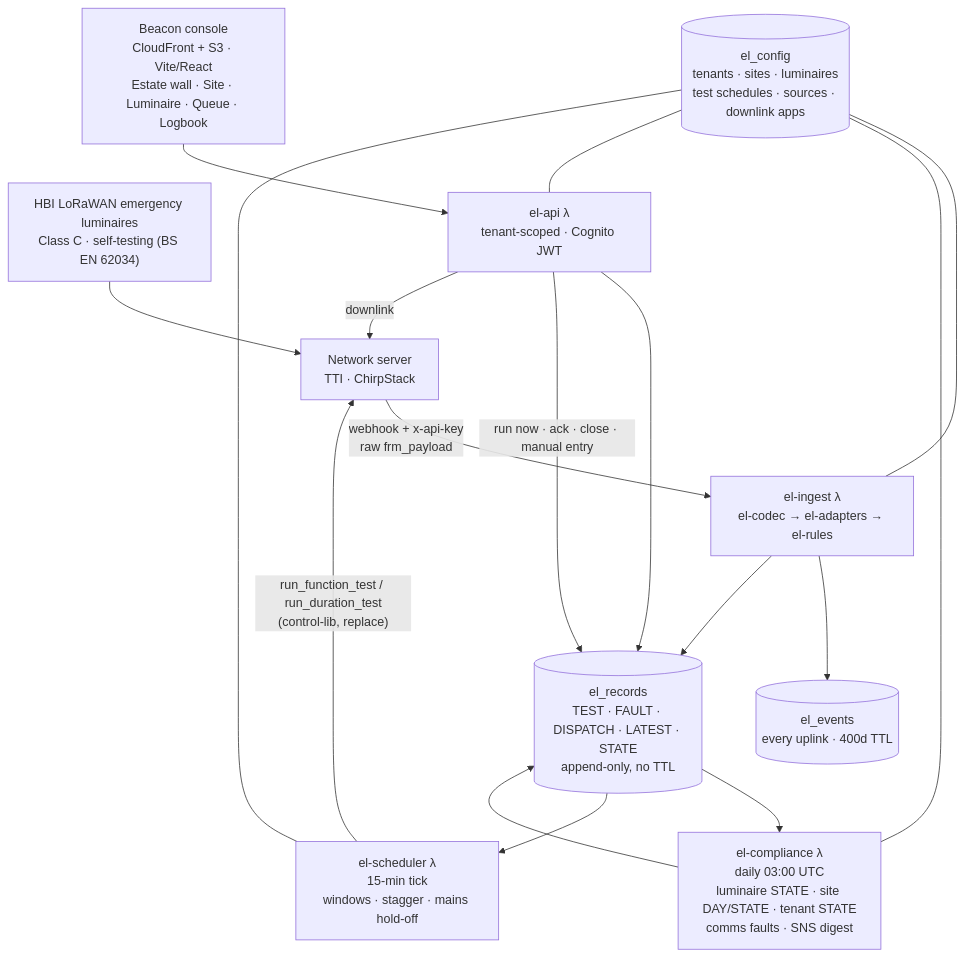
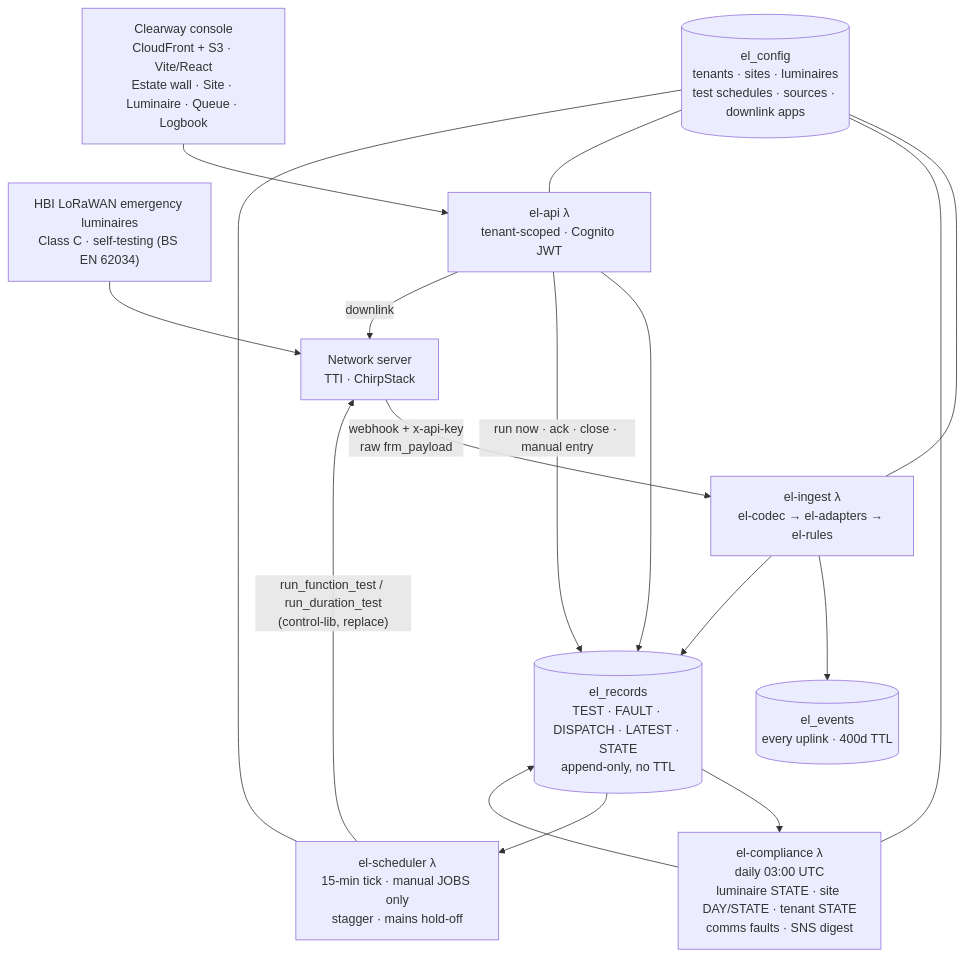
One commit to dmarshplas-cmyk/beacon-platform changed the diagram in ARCHITECTURE.md. Above: the diagram before and after it, drawn with Mermaid. The commit also changed other lines of this file and 29 other files, not shown here.

Commit message:
Luminaires own the routine cycle; manual test jobs replace site schedules

````diff
--- a/ARCHITECTURE.md
+++ b/ARCHITECTURE.md
@@ -5,23 +5,23 @@
 ```mermaid
 graph TD
     EL["HBI LoRaWAN emergency luminaires<br/>Class C · self-testing (BS EN 62034)"] --> NS["Network server<br/>TTI · ChirpStack"]
     NS -- "webhook + x-api-key<br/>raw frm_payload" --> ING["el-ingest λ<br/>el-codec → el-adapters → el-rules"]
     ING --> EV[("el_events<br/>every uplink · 400d TTL")]
     ING --> REC[("el_records<br/>TEST · FAULT · DISPATCH · LATEST · STATE<br/>append-only, no TTL")]
     CFG[("el_config<br/>tenants · sites · luminaires<br/>test schedules · sources · downlink apps")] --- ING
     CFG --- COMP
     CFG --- API
     CFG --- SCHED
 
     COMP["el-compliance λ<br/>daily 03:00 UTC<br/>luminaire STATE · site DAY/STATE · tenant STATE<br/>comms faults · SNS digest"] --> REC
     REC --> COMP
 
-    SCHED["el-scheduler λ<br/>15-min tick<br/>windows · stagger · mains hold-off"] -- "run_function_test / run_duration_test<br/>(control-lib, replace)" --> NS
+    SCHED["el-scheduler λ<br/>15-min tick · manual JOBS only<br/>stagger · mains hold-off"] -- "run_function_test / run_duration_test<br/>(control-lib, replace)" --> NS
     REC --> SCHED
 
     API["el-api λ<br/>tenant-scoped · Cognito JWT"] --> REC
     API -- "run now · ack · close · manual entry" --> REC
     API -- "downlink" --> NS
 
-    DASH["Beacon console<br/>CloudFront + S3 · Vite/React<br/>Estate wall · Site · Luminaire · Queue · Logbook"] --> API
+    DASH["Clearway console<br/>CloudFront + S3 · Vite/React<br/>Estate wall · Site · Luminaire · Queue · Logbook"] --> API
 ```
````
